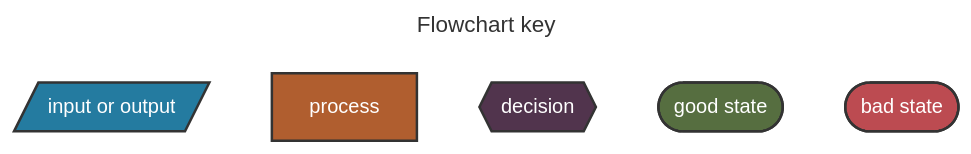
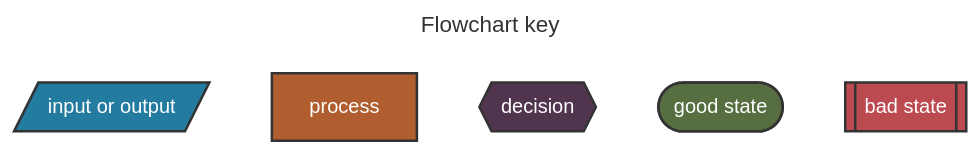
Before and after one commit to microsoft/azurelinux: the first of 6 diagrams in toolkit/docs/how_it_works/0_intro.md, drawn with Mermaid. The commit also changed other lines of this file, not shown here.

````diff
--- a/toolkit/docs/how_it_works/0_intro.md
+++ b/toolkit/docs/how_it_works/0_intro.md
@@ -7,19 +7,19 @@
 ```mermaid
 ---
 title: Flowchart key
 ---
 flowchart TD
     %% style definitions
     classDef io fill:#247BA0,stroke:#333,stroke-width:2px,color:#fff;
     classDef process fill:#B05E2F,stroke:#333,stroke-width:2px,color:#fff;
     classDef decision fill:#51344D,stroke:#333,stroke-width:2px,color:#fff;
     classDef goodState fill:#566E40,stroke:#333,stroke-width:2px,color:#fff;
     classDef badState fill:#BC4B51,stroke:#333,stroke-width:2px,color:#fff;
 
     %% node definitions
     input[/input or output/]:::io
     process[process]:::process
     decision{{decision}}:::decision
     goodstate([good state]):::goodState
-    badstate([bad state]):::badState
+    badstate[[bad state]]:::badState
 ```
````
